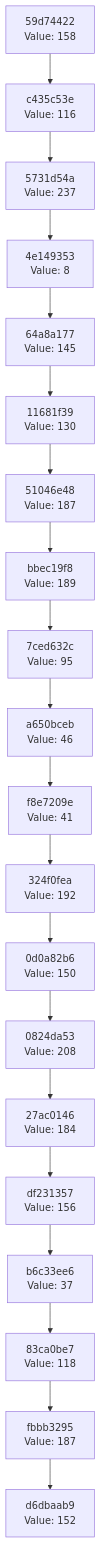
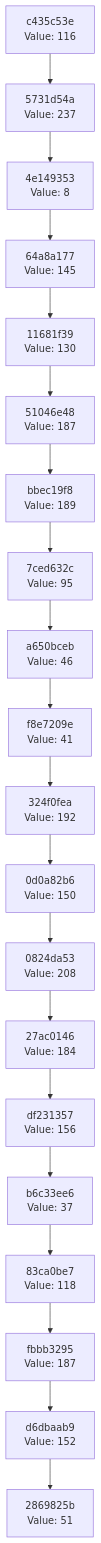
One commit to Abhisheksinha1506/hash-chain-evolver changed the diagram in docs/CHAIN_VISUALIZATION.md. Above: the diagram before and after it, drawn with Mermaid. The commit also changed 2 other files, not shown here.

Commit message:
Evolution step: hash 0x33 → action executed

````diff
--- a/docs/CHAIN_VISUALIZATION.md
+++ b/docs/CHAIN_VISUALIZATION.md
@@ -3,42 +3,42 @@
 ```mermaid
 graph TD
-    C0["d6dbaab9<br/>Value: 152"]
-    C1["fbbb3295<br/>Value: 187"]
+    C0["2869825b<br/>Value: 51"]
+    C1["d6dbaab9<br/>Value: 152"]
     C1 --> C0
-    C2["83ca0be7<br/>Value: 118"]
+    C2["fbbb3295<br/>Value: 187"]
     C2 --> C1
-    C3["b6c33ee6<br/>Value: 37"]
+    C3["83ca0be7<br/>Value: 118"]
     C3 --> C2
-    C4["df231357<br/>Value: 156"]
+    C4["b6c33ee6<br/>Value: 37"]
     C4 --> C3
-    C5["27ac0146<br/>Value: 184"]
+    C5["df231357<br/>Value: 156"]
     C5 --> C4
-    C6["0824da53<br/>Value: 208"]
+    C6["27ac0146<br/>Value: 184"]
     C6 --> C5
-    C7["0d0a82b6<br/>Value: 150"]
+    C7["0824da53<br/>Value: 208"]
     C7 --> C6
-    C8["324f0fea<br/>Value: 192"]
+    C8["0d0a82b6<br/>Value: 150"]
     C8 --> C7
-    C9["f8e7209e<br/>Value: 41"]
+    C9["324f0fea<br/>Value: 192"]
     C9 --> C8
-    C10["a650bceb<br/>Value: 46"]
+    C10["f8e7209e<br/>Value: 41"]
     C10 --> C9
-    C11["7ced632c<br/>Value: 95"]
+    C11["a650bceb<br/>Value: 46"]
     C11 --> C10
-    C12["bbec19f8<br/>Value: 189"]
+    C12["7ced632c<br/>Value: 95"]
     C12 --> C11
-    C13["51046e48<br/>Value: 187"]
+    C13["bbec19f8<br/>Value: 189"]
     C13 --> C12
-    C14["11681f39<br/>Value: 130"]
+    C14["51046e48<br/>Value: 187"]
     C14 --> C13
-    C15["64a8a177<br/>Value: 145"]
+    C15["11681f39<br/>Value: 130"]
     C15 --> C14
-    C16["4e149353<br/>Value: 8"]
+    C16["64a8a177<br/>Value: 145"]
     C16 --> C15
-    C17["5731d54a<br/>Value: 237"]
+    C17["4e149353<br/>Value: 8"]
     C17 --> C16
-    C18["c435c53e<br/>Value: 116"]
+    C18["5731d54a<br/>Value: 237"]
     C18 --> C17
-    C19["59d74422<br/>Value: 158"]
+    C19["c435c53e<br/>Value: 116"]
     C19 --> C18
 ```
````
